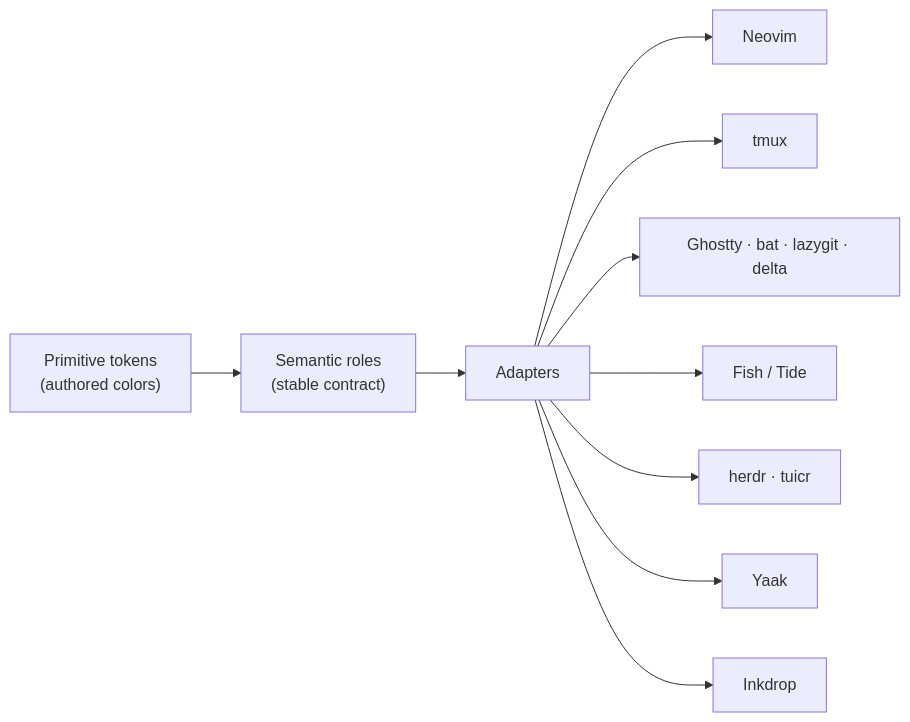
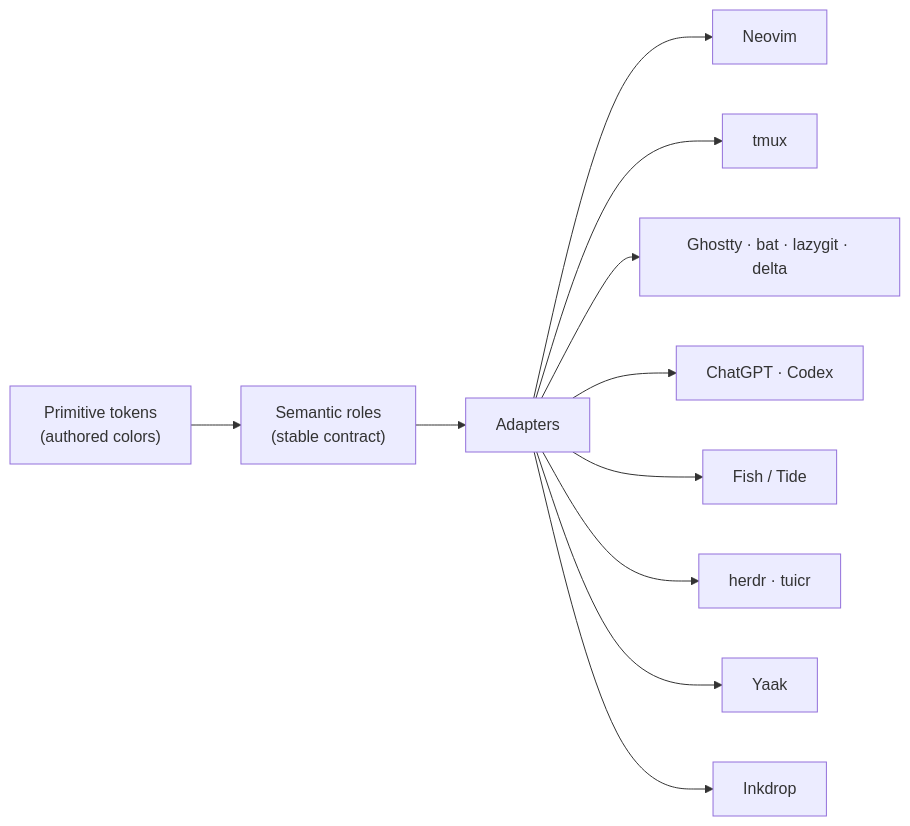
The diagram in README.md (crafts69guy/hue-theme), drawn with Mermaid before and after one commit. The commit also changed other lines of this file and 13 other files, not shown here.

Commit message:
feat: add ChatGPT Codex theme adapter

````diff
--- a/README.md
+++ b/README.md
@@ -58,12 +59,13 @@
 ```mermaid
 flowchart LR
     P["Primitive tokens<br/>(authored colors)"] --> S["Semantic roles<br/>(stable contract)"]
     S --> A["Adapters"]
     A --> N["Neovim"]
     A --> T["tmux"]
     A --> G["Ghostty · bat · lazygit · delta"]
+    A --> C["ChatGPT · Codex"]
     A --> F["Fish / Tide"]
     A --> H["herdr · tuicr"]
     A --> Y["Yaak"]
     A --> I["Inkdrop"]
 ```
````
